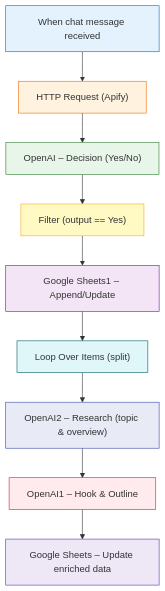
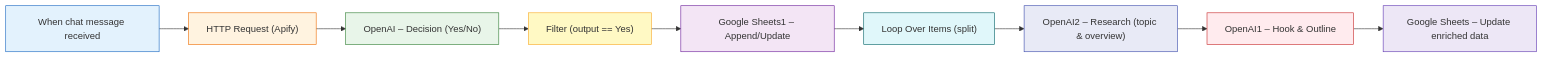
Before and after one commit to CagriCatik/FlowScribe: the first of 2 diagrams in generated/YouTube_Content_Idea_Generator.md, drawn with Mermaid. The commit also changed other lines of this file and 6 other files, not shown here.

````diff
--- a/generated/YouTube_Content_Idea_Generator.md
+++ b/generated/YouTube_Content_Idea_Generator.md
@@ -143,20 +144,20 @@
 ```mermaid
-flowchart TD
+flowchart LR
     A["When chat message received"] --> B["HTTP Request (Apify)"]
     B --> C["OpenAI – Decision (Yes/No)"]
     C --> D["Filter (output == Yes)"]
     D --> E["Google Sheets1 – Append/Update"]
     E --> F["Loop Over Items (split)"]
     F --> G["OpenAI2 – Research (topic & overview)"]
     G --> H["OpenAI1 – Hook & Outline"]
     H --> I["Google Sheets – Update enriched data"]
     style A fill:#E3F2FD,stroke:#1565C0
     style B fill:#FFF3E0,stroke:#EF6C00
     style C fill:#E8F5E9,stroke:#2E7D32
     style D fill:#FFF9C4,stroke:#F9A825
     style E fill:#F3E5F5,stroke:#6A1B9A
     style F fill:#E0F7FA,stroke:#006064
     style G fill:#E8EAF6,stroke:#3949AB
     style H fill:#FFEBEE,stroke:#C62828
     style I fill:#EDE7F6,stroke:#5E35B1
 ```
````
